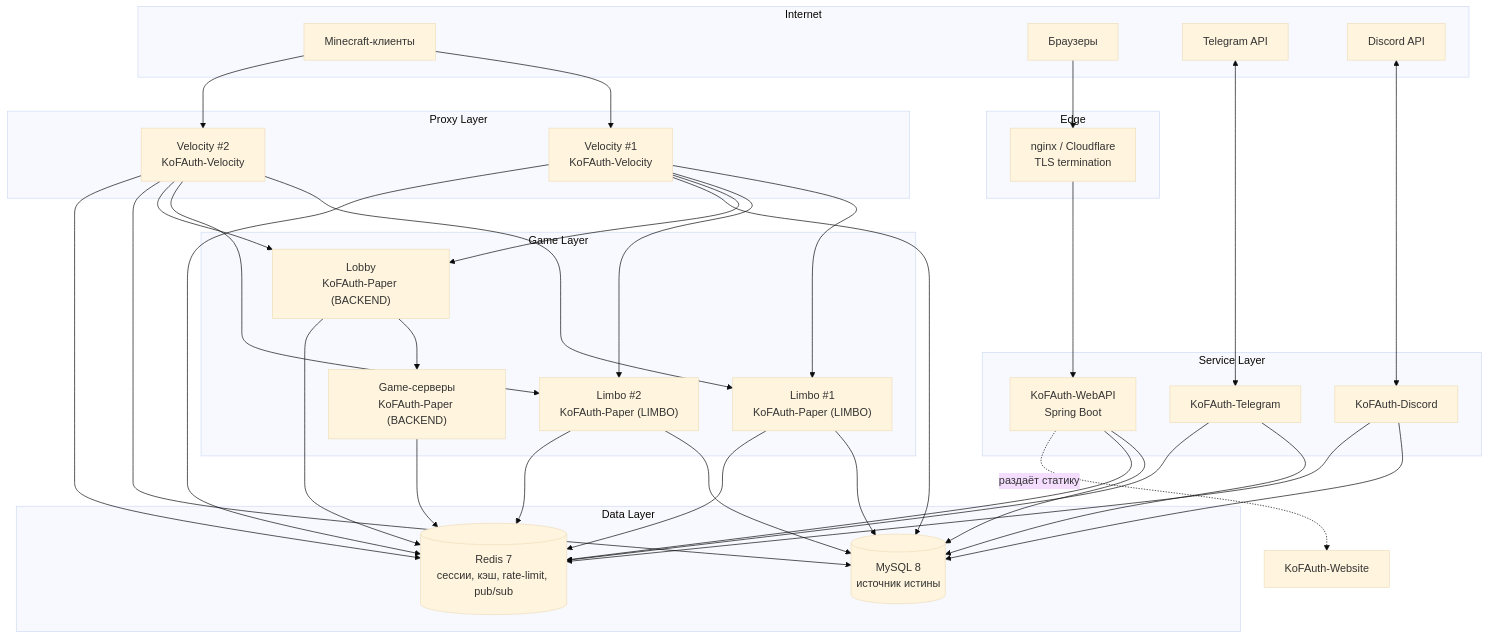
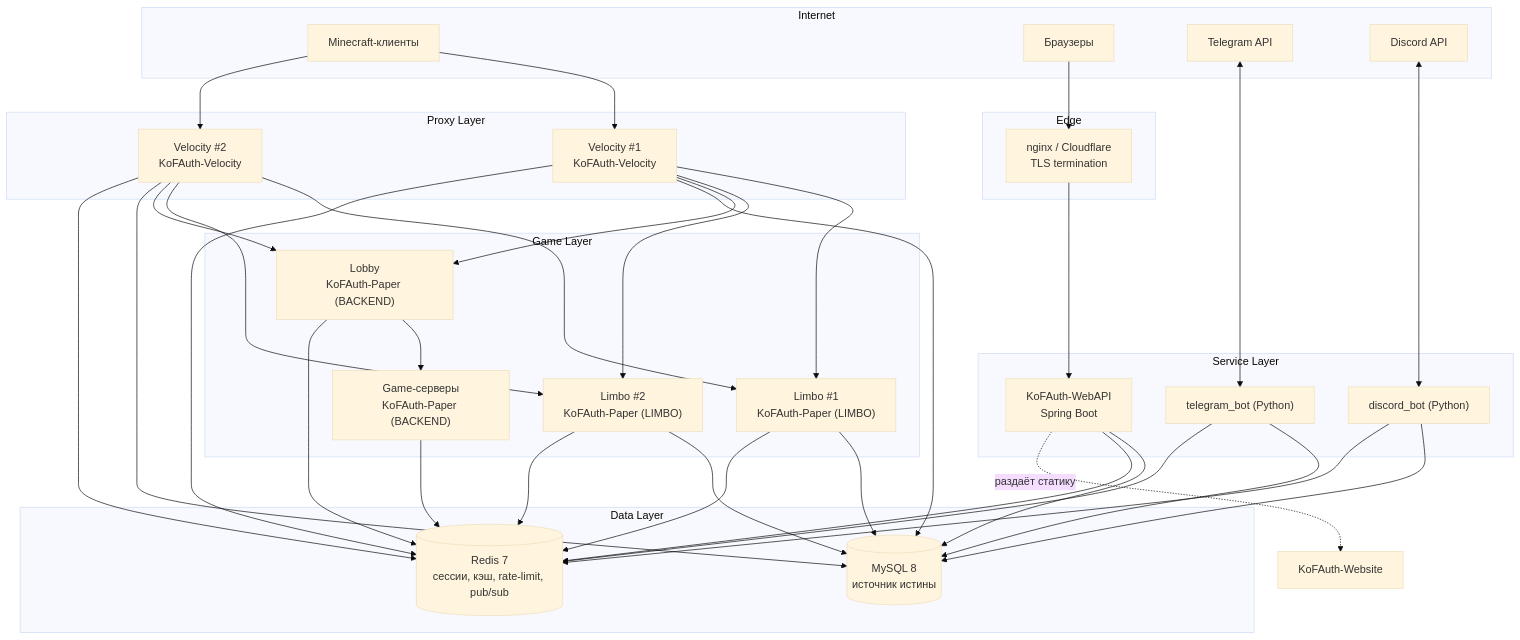
Before and after one commit to Renamekk/KoFNetwork-Auth: the first of 6 diagrams in docs/01-ARCHITECTURE.md, drawn with Mermaid (base theme). The commit also changed other lines of this file and 94 other files, not shown here.

````diff
--- a/docs/01-ARCHITECTURE.md
+++ b/docs/01-ARCHITECTURE.md
@@ -48,53 +48,53 @@
 ```mermaid
 graph TB
     subgraph Internet
         PL[Minecraft-клиенты]
         BR[Браузеры]
         TG[Telegram API]
         DC[Discord API]
     end
 
     subgraph "Edge"
         NGX[nginx / Cloudflare<br/>TLS termination]
     end
 
     subgraph "Proxy Layer"
         V1["Velocity #1<br/>KoFAuth-Velocity"]
         V2["Velocity #2<br/>KoFAuth-Velocity"]
     end
 
     subgraph "Game Layer"
         LB1["Limbo #1<br/>KoFAuth-Paper (LIMBO)"]
         LB2["Limbo #2<br/>KoFAuth-Paper (LIMBO)"]
         LOB["Lobby<br/>KoFAuth-Paper (BACKEND)"]
         GAME["Game-серверы<br/>KoFAuth-Paper (BACKEND)"]
     end
 
     subgraph "Service Layer"
         API["KoFAuth-WebAPI<br/>Spring Boot"]
-        TGB["KoFAuth-Telegram"]
-        DCB["KoFAuth-Discord"]
+        TGB["telegram_bot (Python)"]
+        DCB["discord_bot (Python)"]
     end
 
     subgraph "Data Layer"
         MY[(MySQL 8<br/>источник истины)]
         RD[(Redis 7<br/>сессии, кэш, rate-limit, pub/sub)]
     end
 
     PL --> V1 & V2
     BR --> NGX --> API
     TG <--> TGB
     DC <--> DCB
 
     V1 & V2 --> LB1 & LB2
     V1 & V2 --> LOB --> GAME
 
     V1 & V2 --> MY & RD
     LB1 & LB2 --> MY & RD
     LOB & GAME --> RD
     API --> MY & RD
     TGB --> MY & RD
     DCB --> MY & RD
 
     API -.раздаёт статику.-> WS[KoFAuth-Website]
 ```
````
